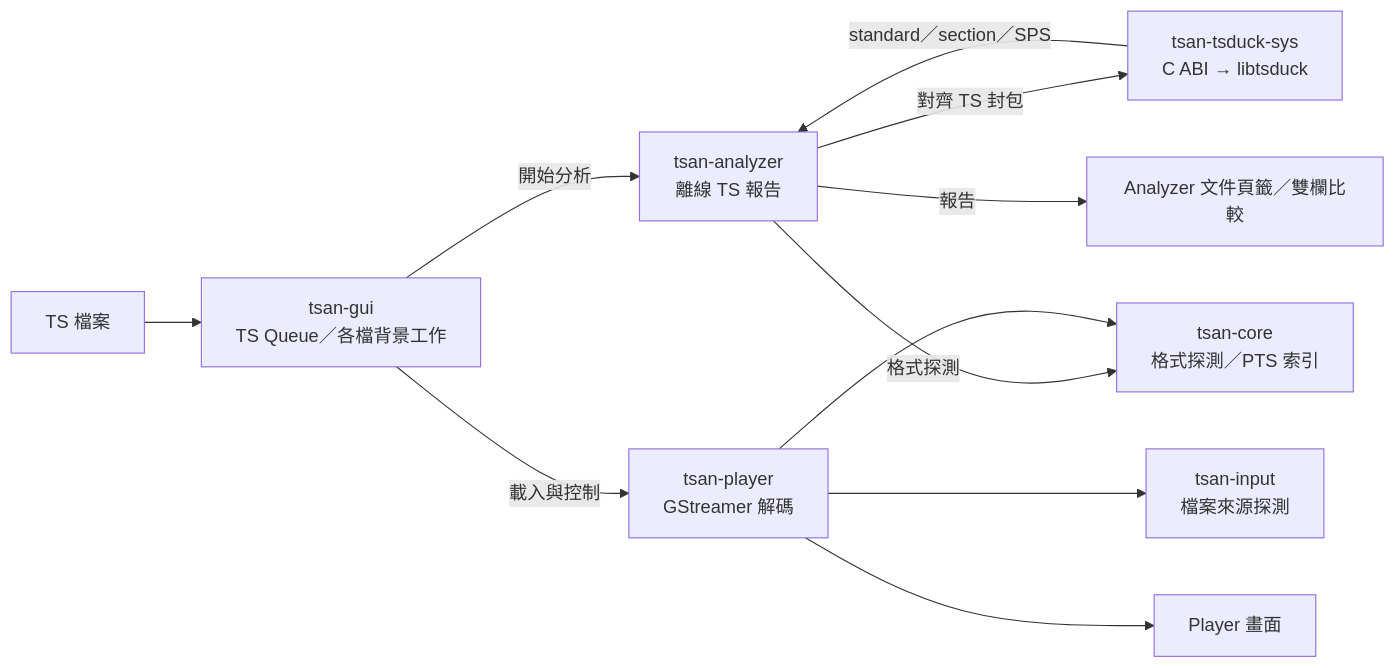
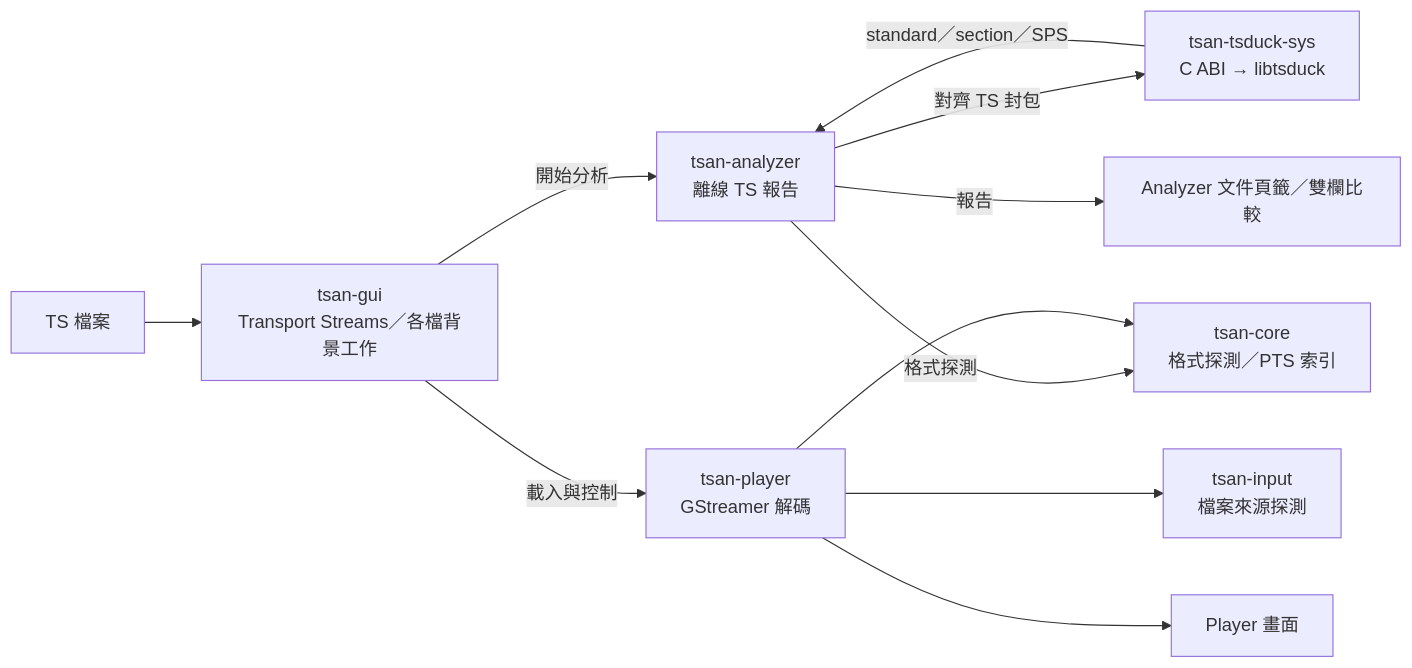
One commit to LunaticGhoulPiano/TS-Analyzer changed the first of 2 diagrams in docs/dev/structure.md. Above: the diagram before and after it, drawn with Mermaid. The commit also changed other lines of this file and 19 other files, not shown here.

````diff
--- a/docs/dev/structure.md
+++ b/docs/dev/structure.md
@@ -19,23 +19,23 @@
 ```mermaid
 flowchart LR
     file["TS 檔案"]
-    gui["tsan-gui<br/>TS Queue／各檔背景工作"]
+    gui["tsan-gui<br/>Transport Streams／各檔背景工作"]
     analyzer["tsan-analyzer<br/>離線 TS 報告"]
     native["tsan-tsduck-sys<br/>C ABI → libtsduck"]
     input["tsan-input<br/>檔案來源探測"]
     core["tsan-core<br/>格式探測／PTS 索引"]
     player["tsan-player<br/>GStreamer 解碼"]
     info["Analyzer 文件頁籤／雙欄比較"]
     video["Player 畫面"]
 
     file --> gui
     gui -->|開始分析| analyzer
     analyzer -->|格式探測| core
     analyzer -->|對齊 TS 封包| native
     native -->|standard／section／SPS| analyzer
     analyzer -->|報告| info
     gui -->|載入與控制| player
     player --> input
     player --> core
     player --> video
 ```
````
